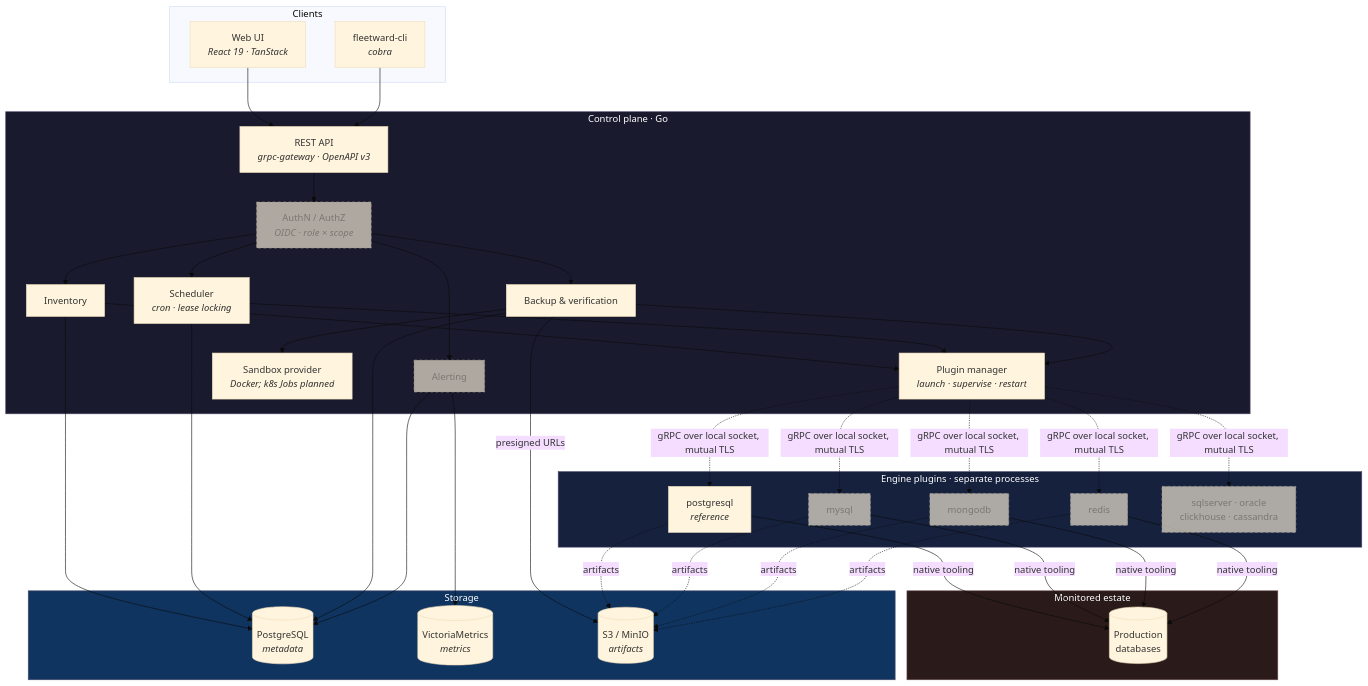
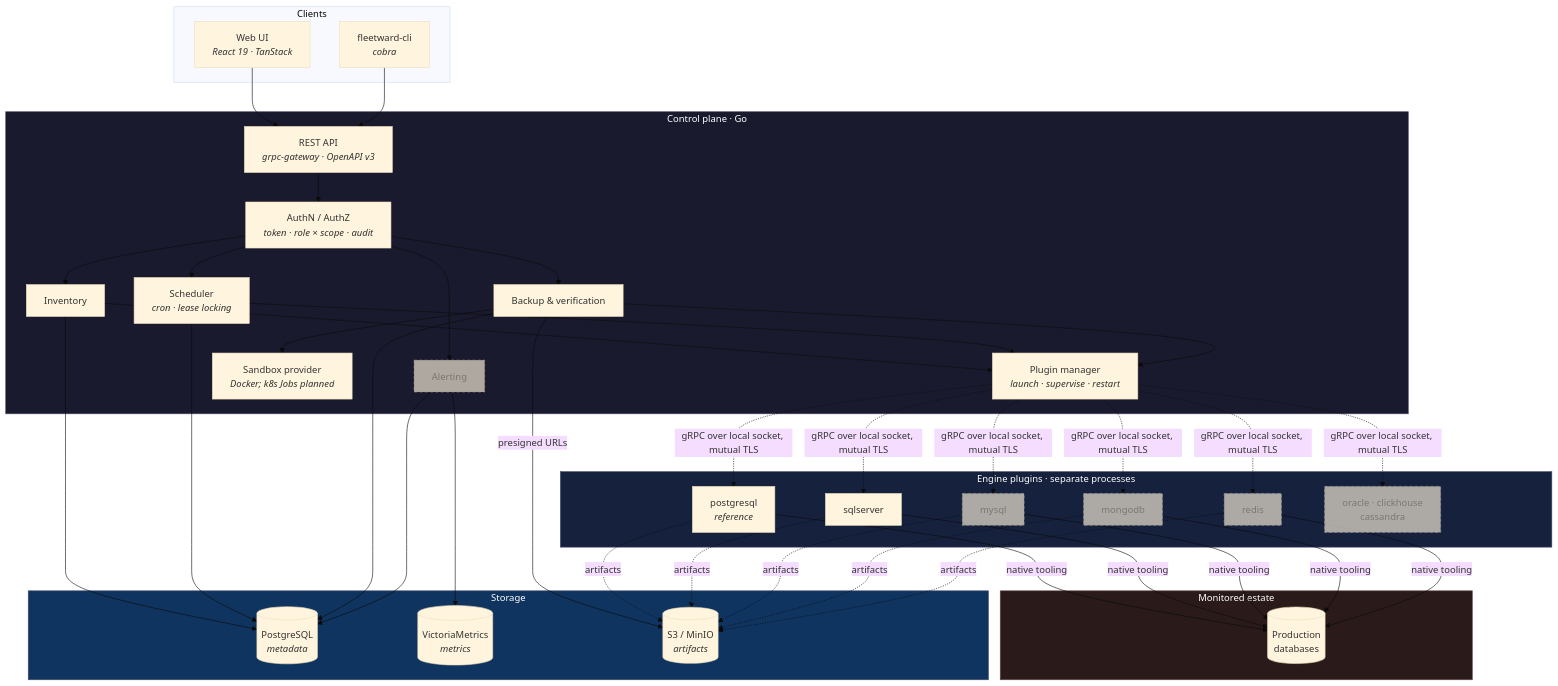
Before and after one commit to danmorcov88/Fleetward: the first of 2 diagrams in docs/architecture.md, drawn with Mermaid (base theme). The commit also changed other lines of this file and 87 other files, not shown here.

````diff
--- a/docs/architecture.md
+++ b/docs/architecture.md
@@ -7,56 +7,57 @@
 ```mermaid
 flowchart TB
     subgraph clients["Clients"]
         UI["Web UI<br/><i>React 19 · TanStack</i>"]
         CLI["fleetward-cli<br/><i>cobra</i>"]
     end
 
     subgraph core["Control plane · Go"]
         API["REST API<br/><i>grpc-gateway · OpenAPI v3</i>"]
-        RBAC["AuthN / AuthZ<br/><i>OIDC · role × scope</i>"]:::planned
+        RBAC["AuthN / AuthZ<br/><i>token · role × scope · audit</i>"]
         INV["Inventory"]
         SCHED["Scheduler<br/><i>cron · lease locking</i>"]
         BACKUP["Backup &amp; verification"]
         ALERT["Alerting"]:::planned
         PM["Plugin manager<br/><i>launch · supervise · restart</i>"]
         SANDBOX["Sandbox provider<br/><i>Docker; k8s Jobs planned</i>"]
     end
 
     subgraph plugins["Engine plugins · separate processes"]
         PG["postgresql<br/><i>reference</i>"]
+        MS["sqlserver"]
         MY["mysql"]:::planned
         MG["mongodb"]:::planned
         RD["redis"]:::planned
-        FUTURE["sqlserver · oracle<br/>clickhouse · cassandra"]:::planned
+        FUTURE["oracle · clickhouse<br/>cassandra"]:::planned
     end
 
     subgraph storage["Storage"]
         META[("PostgreSQL<br/><i>metadata</i>")]
         TSDB[("VictoriaMetrics<br/><i>metrics</i>")]
         OBJ[("S3 / MinIO<br/><i>artifacts</i>")]
     end
 
     subgraph estate["Monitored estate"]
         DB1[("Production<br/>databases")]
     end
 
     UI --> API
     CLI --> API
     API --> RBAC
     RBAC --> INV & SCHED & BACKUP & ALERT
     INV & SCHED & BACKUP --> PM
     BACKUP --> SANDBOX
-    PM -.->|"gRPC over local socket, mutual TLS"| PG & MY & MG & RD & FUTURE
-    PG & MY & MG & RD -->|"native tooling"| DB1
+    PM -.->|"gRPC over local socket, mutual TLS"| PG & MS & MY & MG & RD & FUTURE
+    PG & MS & MY & MG & RD -->|"native tooling"| DB1
     INV & SCHED & BACKUP & ALERT --> META
     BACKUP -->|"presigned URLs"| OBJ
-    PG & MY & MG & RD -.->|"artifacts"| OBJ
+    PG & MS & MY & MG & RD -.->|"artifacts"| OBJ
     ALERT --> TSDB
 
     classDef planned stroke-dasharray:5 4,opacity:0.65
 
     style core fill:#1a1a2e,stroke:#4a4a6a,color:#fff
     style plugins fill:#16213e,stroke:#4a4a6a,color:#fff
     style storage fill:#0f3460,stroke:#4a4a6a,color:#fff
     style estate fill:#2a1a1a,stroke:#6a4a4a,color:#fff
 ```
````
